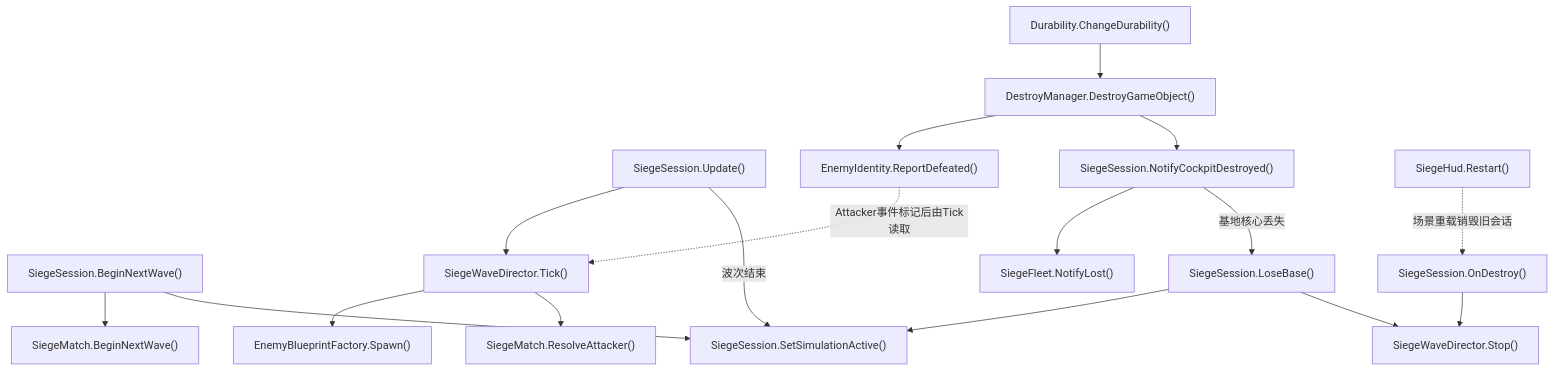
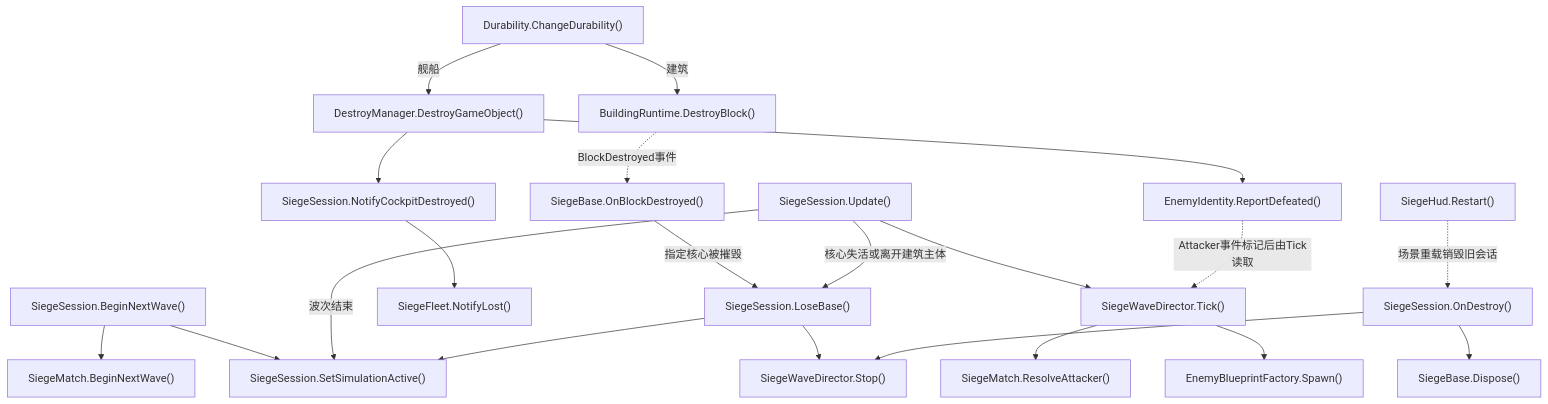
Diagram 34 of 35 in Docs/RuntimeFlow.md (kukudia/HY-Sandbox), drawn with Mermaid before and after one commit. The commit also changed other lines of this file and 37 other files, not shown here.

First line of the commit message:
feat: use a large building blueprint for siege base

````diff
--- a/Docs/RuntimeFlow.md
+++ b/Docs/RuntimeFlow.md
@@ -3058,51 +3088,61 @@
 ```mermaid
 flowchart TD
     A["SiegeSession.BeginNextWave()"]
-    click A "../Assets/Scripts/Features/Siege/SiegeSession.cs#L66" "打开源码"
+    click A "../Assets/Scripts/Features/Siege/SiegeSession.cs#L74" "打开源码"
     B["SiegeMatch.BeginNextWave()"]
     click B "../Assets/Scripts/Features/Siege/SiegeMatch.cs#L66" "打开源码"
     C["SiegeSession.SetSimulationActive()"]
-    click C "../Assets/Scripts/Features/Siege/SiegeSession.cs#L175" "打开源码"
+    click C "../Assets/Scripts/Features/Siege/SiegeSession.cs#L171" "打开源码"
     D["SiegeSession.Update()"]
-    click D "../Assets/Scripts/Features/Siege/SiegeSession.cs#L134" "打开源码"
+    click D "../Assets/Scripts/Features/Siege/SiegeSession.cs#L139" "打开源码"
     E["SiegeWaveDirector.Tick()"]
     click E "../Assets/Scripts/Features/Siege/SiegeWaveDirector.cs#L19" "打开源码"
     F["EnemyBlueprintFactory.Spawn()"]
     click F "../Assets/Scripts/Features/Combat/EnemyBlueprintFactory.cs#L12" "打开源码"
     G["EnemyIdentity.ReportDefeated()"]
     click G "../Assets/Scripts/Features/Combat/EnemyIdentity.cs#L9" "打开源码"
     H["SiegeMatch.ResolveAttacker()"]
     click H "../Assets/Scripts/Features/Siege/SiegeMatch.cs#L96" "打开源码"
     I["Durability.ChangeDurability()"]
     click I "../Assets/Scripts/Features/Combat/Durability.cs#L128" "打开源码"
     J["DestroyManager.DestroyGameObject()"]
     click J "../Assets/Scripts/Features/Combat/DestroyManager.cs#L30" "打开源码"
     K["SiegeSession.NotifyCockpitDestroyed()"]
-    click K "../Assets/Scripts/Features/Siege/SiegeSession.cs#L126" "打开源码"
+    click K "../Assets/Scripts/Features/Siege/SiegeSession.cs#L134" "打开源码"
     L["SiegeFleet.NotifyLost()"]
-    click L "../Assets/Scripts/Features/Siege/SiegeFleet.cs#L203" "打开源码"
+    click L "../Assets/Scripts/Features/Siege/SiegeFleet.cs#L179" "打开源码"
     M["SiegeSession.LoseBase()"]
-    click M "../Assets/Scripts/Features/Siege/SiegeSession.cs#L112" "打开源码"
+    click M "../Assets/Scripts/Features/Siege/SiegeSession.cs#L120" "打开源码"
     N["SiegeSession.OnDestroy()"]
-    click N "../Assets/Scripts/Features/Siege/SiegeSession.cs#L169" "打开源码"
+    click N "../Assets/Scripts/Features/Siege/SiegeSession.cs#L164" "打开源码"
     O["SiegeWaveDirector.Stop()"]
     click O "../Assets/Scripts/Features/Siege/SiegeWaveDirector.cs#L75" "打开源码"
     P["SiegeHud.Restart()"]
     click P "../Assets/Scripts/Features/Siege/SiegeHud.cs#L142" "打开源码"
+    Q["BuildingRuntime.DestroyBlock()"]
+    click Q "../Assets/Scripts/Features/World/BuildingRuntime.cs#L224" "打开源码"
+    R["SiegeBase.OnBlockDestroyed()"]
+    click R "../Assets/Scripts/Features/Siege/SiegeBase.cs#L123" "打开源码"
+    S["SiegeBase.Dispose()"]
+    click S "../Assets/Scripts/Features/Siege/SiegeBase.cs#L131" "打开源码"
     A --> B
     A --> C
     D --> E
     E --> F
     E --> H
     G -.->|Attacker事件标记后由Tick读取| E
     D -->|波次结束| C
-    I --> J
+    I -->|舰船| J
     J --> G
     J --> K
     K --> L
-    K -->|基地核心丢失| M
+    I -->|建筑| Q
+    Q -.->|BlockDestroyed事件| R
+    R -->|指定核心被摧毁| M
+    D -->|核心失活或离开建筑主体| M
+    N --> S
     M --> C
     M --> O
     N --> O
     P -.->|场景重载销毁旧会话| N
 ```
````
